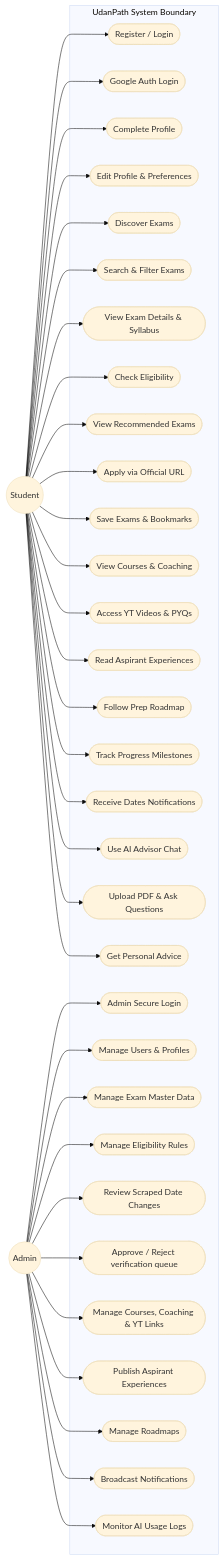
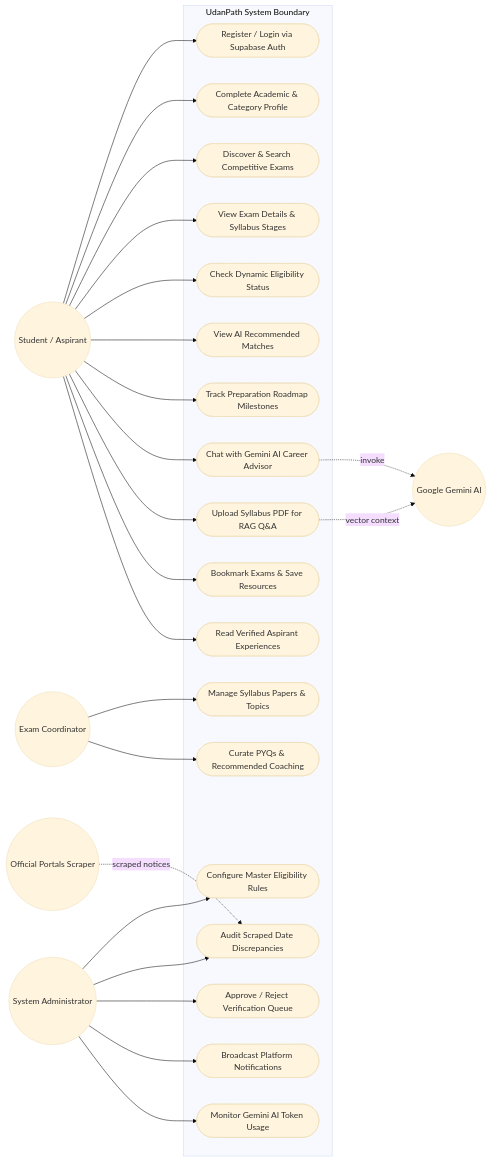
One commit to gauswamiashih/UDANPATH changed the first of 39 diagrams in docs/system_diagrams.md. Above: the diagram before and after it, drawn with Mermaid (base theme). The commit also changed other lines of this file and 41 other files, not shown here.

Commit message:
feat: user onboarding, education master data fallback, direct profile routing, and guest demo mode

````diff
--- a/docs/system_diagrams.md
+++ b/docs/system_diagrams.md
@@ -70,72 +75,61 @@
 ```mermaid
 graph LR
   subgraph UdanPath System Boundary
     %% Student Use Cases
-    UC1([Register / Login])
-    UC2([Google Auth Login])
-    UC3([Complete Profile])
-    UC4([Edit Profile & Preferences])
-    UC5([Discover Exams])
-    UC6([Search & Filter Exams])
-    UC7([View Exam Details & Syllabus])
-    UC8([Check Eligibility])
-    UC9([View Recommended Exams])
-    UC10([Apply via Official URL])
-    UC11([Save Exams & Bookmarks])
-    UC12([View Courses & Coaching])
-    UC13([Access YT Videos & PYQs])
-    UC14([Read Aspirant Experiences])
-    UC15([Follow Prep Roadmap])
-    UC16([Track Progress Milestones])
-    UC17([Receive Dates Notifications])
-    UC18([Use AI Advisor Chat])
-    UC19([Upload PDF & Ask Questions])
-    UC20([Get Personal Advice])
+    UC1([Register / Login via Supabase Auth])
+    UC2([Complete Academic & Category Profile])
+    UC3([Discover & Search Competitive Exams])
+    UC4([View Exam Details & Syllabus Stages])
+    UC5([Check Dynamic Eligibility Status])
+    UC6([View AI Recommended Matches])
+    UC7([Track Preparation Roadmap Milestones])
+    UC8([Chat with Gemini AI Career Advisor])
+    UC9([Upload Syllabus PDF for RAG Q&A])
+    UC10([Bookmark Exams & Save Resources])
+    UC11([Read Verified Aspirant Experiences])
+    
+    %% Coordinator Use Cases
+    UC12([Manage Syllabus Papers & Topics])
+    UC13([Curate PYQs & Recommended Coaching])
     
     %% Admin Use Cases
-    UC21([Admin Secure Login])
-    UC22([Manage Users & Profiles])
-    UC23([Manage Exam Master Data])
-    UC24([Manage Eligibility Rules])
-    UC25([Review Scraped Date Changes])
-    UC26([Approve / Reject verification queue])
-    UC27([Manage Courses, Coaching & YT Links])
-    UC28([Publish Aspirant Experiences])
-    UC29([Manage Roadmaps])
-    UC30([Broadcast Notifications])
-    UC31([Monitor AI Usage Logs])
+    UC14([Configure Master Eligibility Rules])
+    UC15([Audit Scraped Date Discrepancies])
+    UC16([Approve / Reject Verification Queue])
+    UC17([Broadcast Platform Notifications])
+    UC18([Monitor Gemini AI Token Usage])
   end
 
-  Student((Student)) --> UC1
+  %% Actors
+  Student((Student / Aspirant))
+  Admin((System Administrator))
+  Coordinator((Exam Coordinator))
+  GeminiAI((Google Gemini AI))
+  Scraper((Official Portals Scraper))
+
+  %% Relationships
+  Student --> UC1
   Student --> UC2
   Student --> UC3
   Student --> UC4
   Student --> UC5
   Student --> UC6
   Student --> UC7
   Student --> UC8
   Student --> UC9
   Student --> UC10
   Student --> UC11
-  Student --> UC12
-  Student --> UC13
-  Student --> UC14
-  Student --> UC15
-  Student --> UC16
-  Student --> UC17
-  Student --> UC18
-  Student --> UC19
-  Student --> UC20
 
-  Admin((Admin)) --> UC21
-  Admin --> UC22
-  Admin --> UC23
-  Admin --> UC24
-  Admin --> UC25
-  Admin --> UC26
-  Admin --> UC27
-  Admin --> UC28
-  Admin --> UC29
-  Admin --> UC30
-  Admin --> UC31
+  Coordinator --> UC12
+  Coordinator --> UC13
+
+  Admin --> UC14
+  Admin --> UC15
+  Admin --> UC16
+  Admin --> UC17
+  Admin --> UC18
+
+  UC8 -.->|invoke| GeminiAI
+  UC9 -.->|vector context| GeminiAI
+  Scraper -.->|scraped notices| UC15
 ```
````
